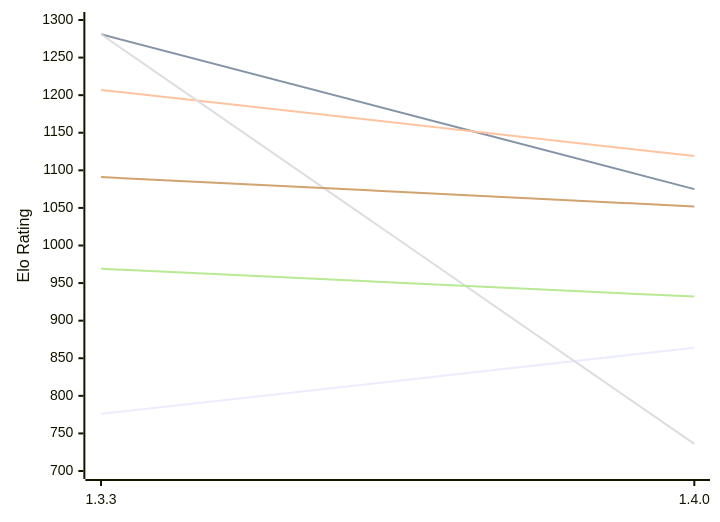
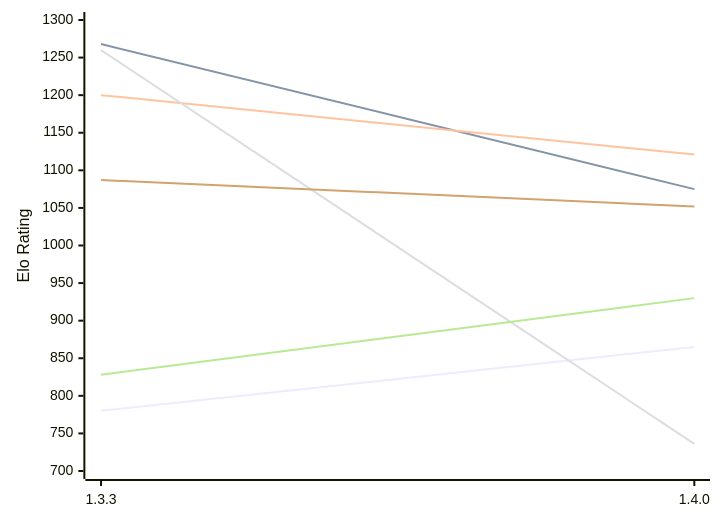
Before and after one commit to computer-chess-index/cci: the first of 2 diagrams in engines/Whitespine.md, drawn with Mermaid. The commit also changed other lines of this file, not shown here.

Commit message:
Update CCI Ratings (ELO VLTC) - 2026-11-16

````diff
--- a/engines/Whitespine.md
+++ b/engines/Whitespine.md
@@ -51,12 +51,12 @@
 ```mermaid
 %%{init: {"theme":"base","themeVariables":{"seriesColors:['#a3a3a3','#222221','#faa371']}}}%%
 xychart-beta
   x-axis ["1.3.3", "1.4.0"]
   y-axis "Elo Rating" 700 --> 1300
-  line "E1: STC (8.0+0.08s)" [776, 864]
-  line "E1: LTC (60.0+0.60s)" [1281, 1075]
-  line "E1: VLTC (2m24s+1.12s)" [1207, 1119]
-  line "P1: STC (8.0+0.08s)" [1281, 736]
-  line "P1: LTC (60.0+0.60s)" [969, 932]
-  line "P1: VLTC (2m24s+1.12s)" [1091, 1052]
+  line "E1: STC (8.0+0.08s)" [780, 865]
+  line "E1: LTC (60.0+0.60s)" [1268, 1075]
+  line "E1: VLTC (2m24s+1.12s)" [1200, 1121]
+  line "P1: STC (8.0+0.08s)" [1260, 736]
+  line "P1: LTC (60.0+0.60s)" [828, 930]
+  line "P1: VLTC (2m24s+1.12s)" [1087, 1052]
 ```
````
